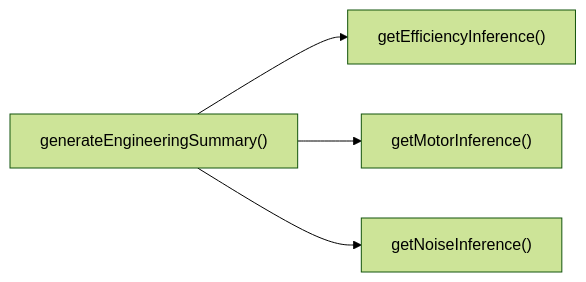
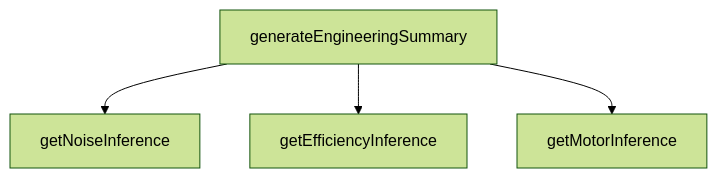
Before and after one commit to peckop/venthub-hvac-esite: the diagram in src/utils/engineeringIntelligence.md, drawn with Mermaid (forest theme). The commit also changed other lines of this file and 488 other files, not shown here.

````diff
--- a/src/utils/engineeringIntelligence.md
+++ b/src/utils/engineeringIntelligence.md
@@ -138,6 +95,10 @@
 ```mermaid
-graph LR
-    generateEngineeringSummary["generateEngineeringSummary()"] --> getEfficiencyInference["getEfficiencyInference()"]
-    generateEngineeringSummary["generateEngineeringSummary()"] --> getMotorInference["getMotorInference()"]
-    generateEngineeringSummary["generateEngineeringSummary()"] --> getNoiseInference["getNoiseInference()"]
+graph TD
+    engineeringIntelligence_ts__generateEngineeringSummary["generateEngineeringSummary"]
+    engineeringIntelligence_ts__getEfficiencyInference["getEfficiencyInference"]
+    engineeringIntelligence_ts__getMotorInference["getMotorInference"]
+    engineeringIntelligence_ts__getNoiseInference["getNoiseInference"]
+    engineeringIntelligence_ts__generateEngineeringSummary --> engineeringIntelligence_ts__getNoiseInference
+    engineeringIntelligence_ts__generateEngineeringSummary --> engineeringIntelligence_ts__getEfficiencyInference
+    engineeringIntelligence_ts__generateEngineeringSummary --> engineeringIntelligence_ts__getMotorInference
 ```
````
